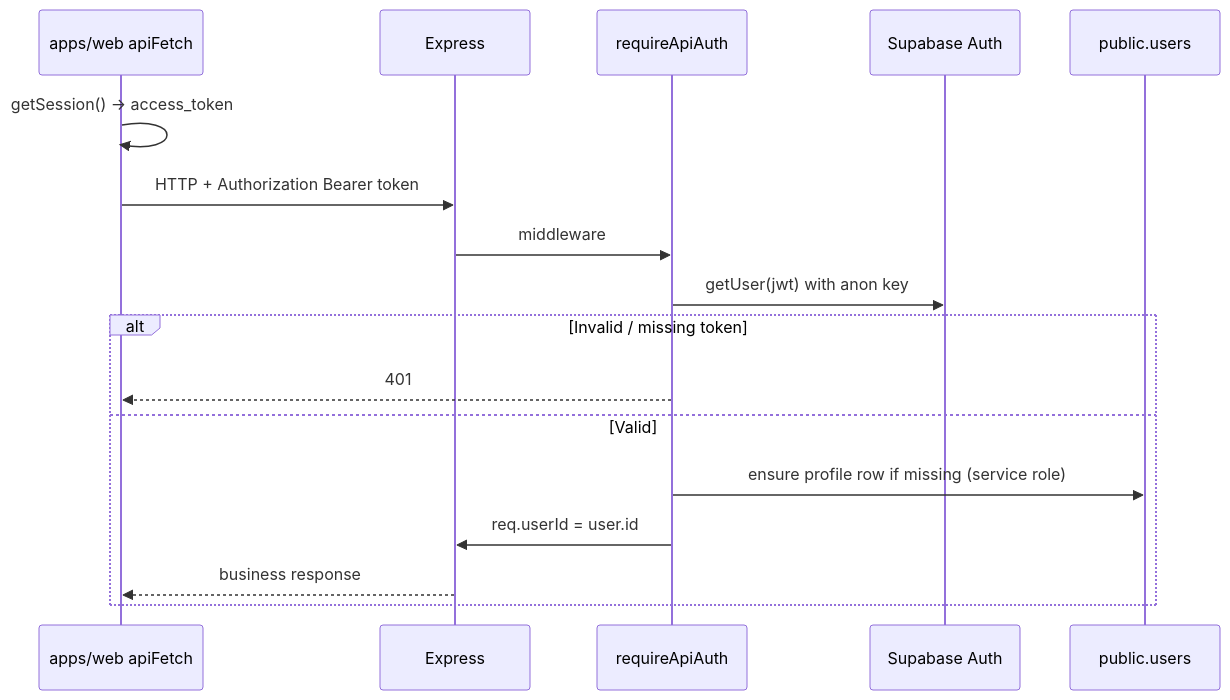
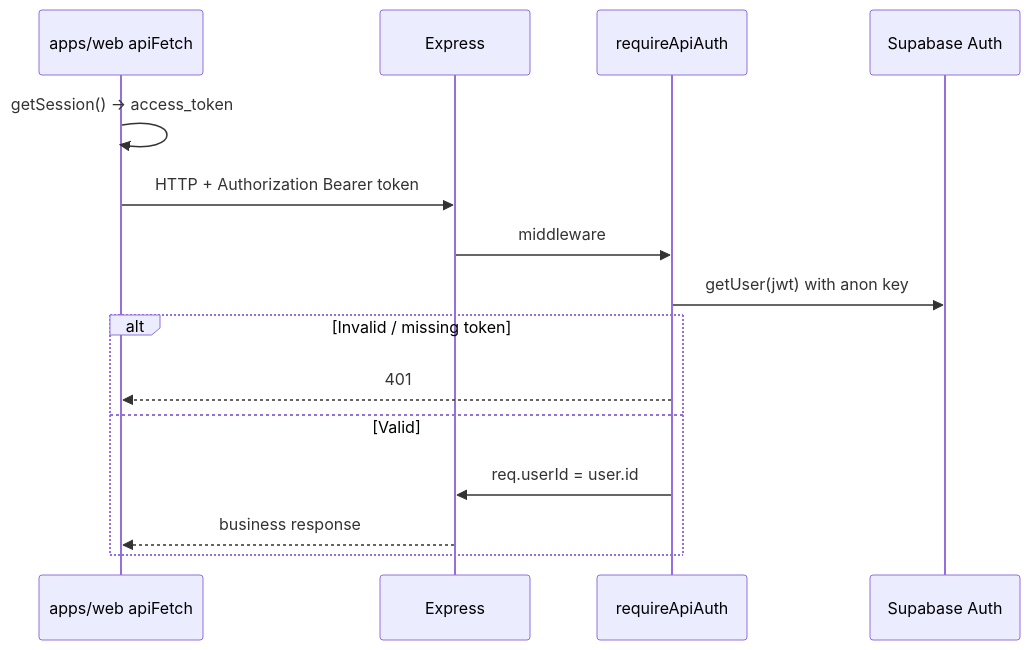
One commit to lizardkingLK/alice changed the eighth of 8 diagrams in docs/auth/AUTHENTICATION.md. Above: the diagram before and after it, drawn with Mermaid. The commit also changed other lines of this file and 2 other files, not shown here.

````diff
--- a/docs/auth/AUTHENTICATION.md
+++ b/docs/auth/AUTHENTICATION.md
@@ -380,20 +380,18 @@
 ```mermaid
 sequenceDiagram
   participant Web as apps/web apiFetch
   participant API as Express
   participant MW as requireApiAuth
   participant Auth as Supabase Auth
-  participant DB as public.users
 
   Web->>Web: getSession() → access_token
   Web->>API: HTTP + Authorization Bearer token
   API->>MW: middleware
   MW->>Auth: getUser(jwt) with anon key
   alt Invalid / missing token
     MW-->>Web: 401
   else Valid
-    MW->>DB: ensure profile row if missing (service role)
     MW->>API: req.userId = user.id
     API-->>Web: business response
   end
 ```
````
